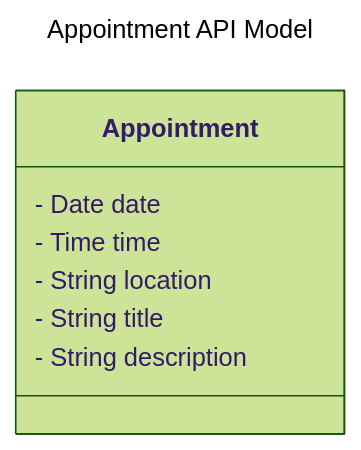
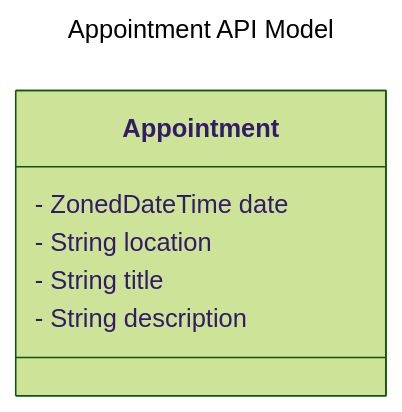
The third of 5 diagrams in README.md (TobiStr/quarkus-workshop), drawn with Mermaid (forest theme) before and after one commit. The commit also changed other lines of this file, not shown here.

````diff
--- a/README.md
+++ b/README.md
@@ -73,13 +74,12 @@
 ```mermaid
 ---
 title: Appointment API Model
 ---
 classDiagram
     class Appointment{
-        - Date date
-        - Time time
+        - ZonedDateTime date
         - String location
         - String title
         - String description
     }
 ```
````
